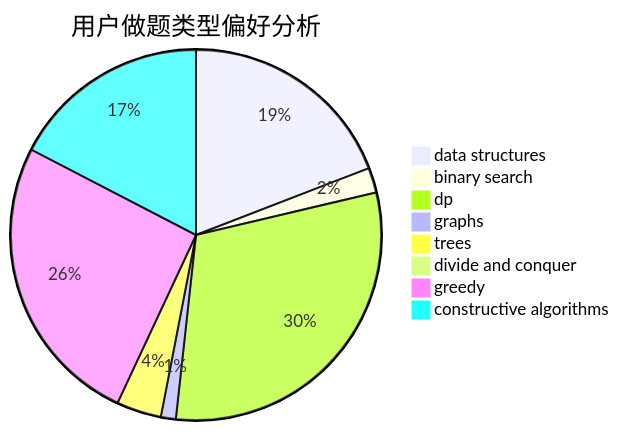
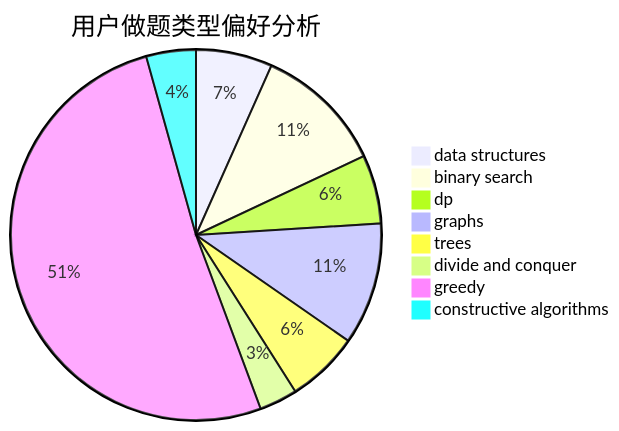
The second of 3 diagrams in docs/user/u2588.md (sherpahu/cfrs.github.io), drawn with Mermaid before and after one commit. The commit also changed other lines of this file and 2770 other files, not shown here.

````diff
--- a/docs/user/u2588.md
+++ b/docs/user/u2588.md
@@ -23,11 +23,11 @@
 ```mermaid
 pie title 用户做题类型偏好分析
-    "data structures" :  44
-    "binary search" :  5
-    "dp" :  70
-    "graphs" :  3
-    "trees" :  9
-    "divide and conquer" :  0
-    "greedy" :  59
-    "constructive algorithms" :  40
+    "data structures" :  20
+    "binary search" :  34
+    "dp" :  18
+    "graphs" :  32
+    "trees" :  19
+    "divide and conquer" :  10
+    "greedy" :  154
+    "constructive algorithms" :  13
 ```
````
